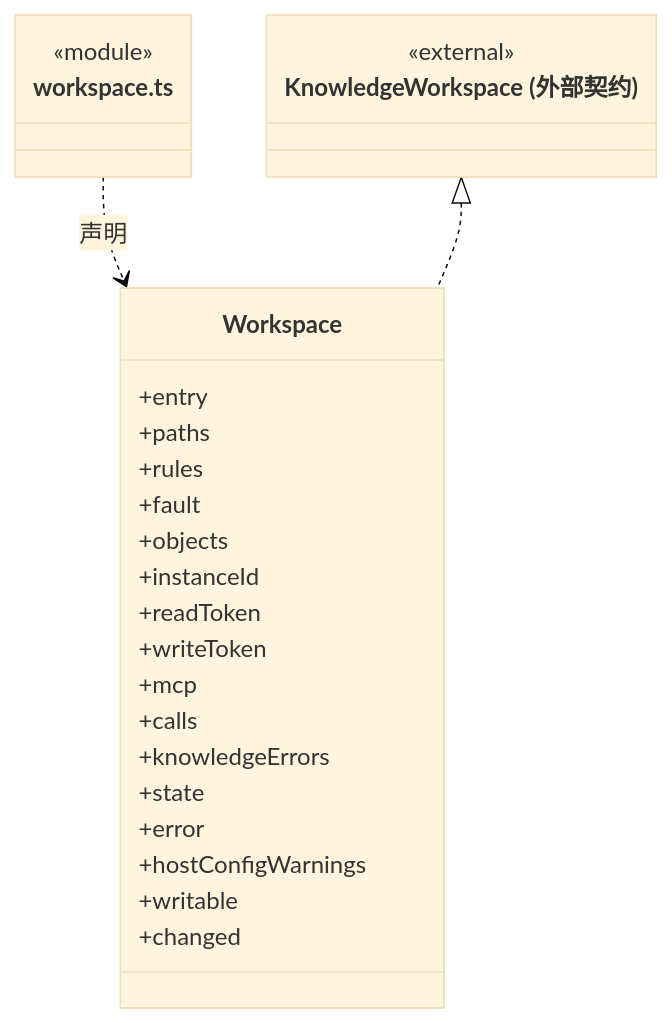
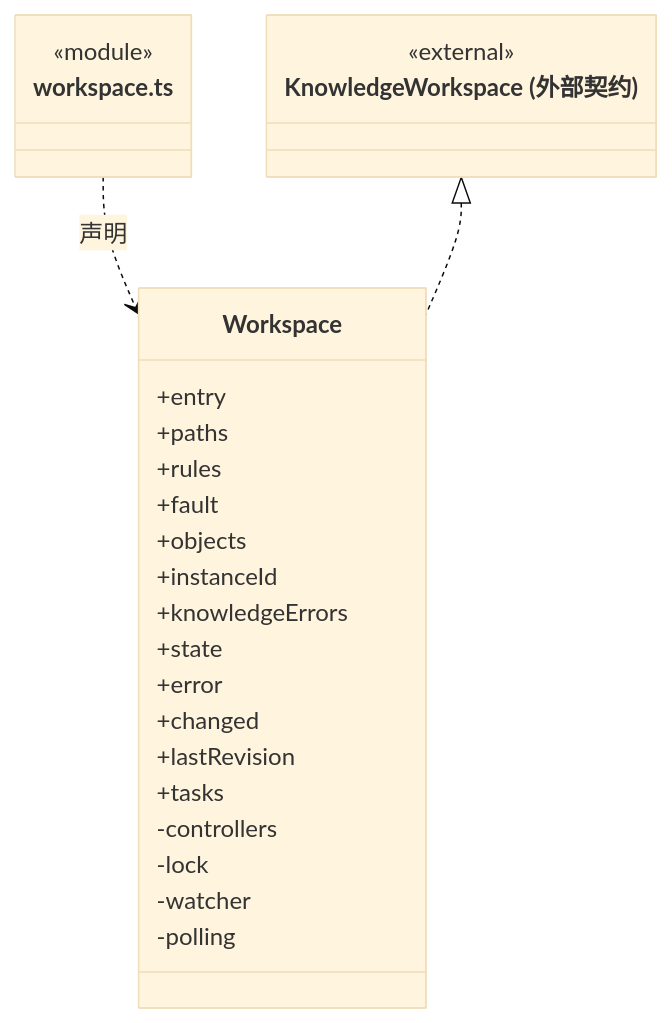
One commit to nan023062/cbim changed the second of 3 diagrams in src/backend/main/workspace/ARCHITECTURE.md. Above: the diagram before and after it, drawn with Mermaid (base theme). The commit also changed other lines of this file and 211 other files, not shown here.

````diff
--- a/src/backend/main/workspace/ARCHITECTURE.md
+++ b/src/backend/main/workspace/ARCHITECTURE.md
@@ -43,29 +43,29 @@
 ```mermaid
 classDiagram
 class N_src_backend_main_workspace_workspace_ts["workspace.ts"] {
   <<module>>
 }
 class N_src_backend_main_workspace_workspace_ts_Workspace["Workspace"] {
   +entry
   +paths
   +rules
   +fault
   +objects
   +instanceId
-  +readToken
-  +writeToken
-  +mcp
-  +calls
   +knowledgeErrors
   +state
   +error
-  +hostConfigWarnings
-  +writable
   +changed
+  +lastRevision
+  +tasks
+  -controllers
+  -lock
+  -watcher
+  -polling
 }
 N_src_backend_main_workspace_workspace_ts ..> N_src_backend_main_workspace_workspace_ts_Workspace : 声明
 class N_src_backend_main_workspace_workspace_ts_external_KnowledgeWorkspace["KnowledgeWorkspace (外部契约)"] {
   <<external>>
 }
 N_src_backend_main_workspace_workspace_ts_external_KnowledgeWorkspace <|.. N_src_backend_main_workspace_workspace_ts_Workspace
 ```
````
